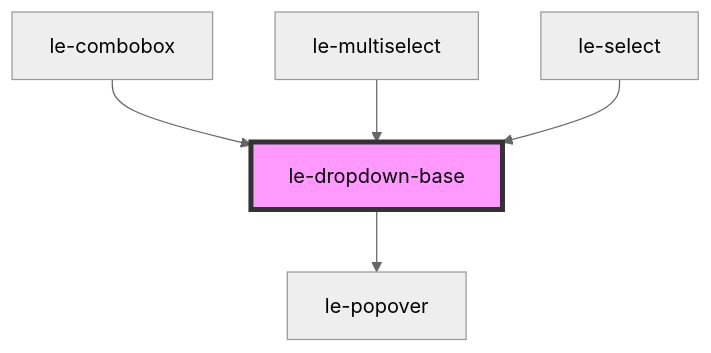
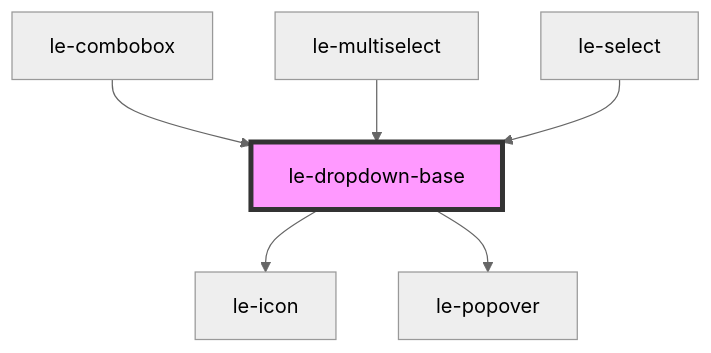
The diagram in packages/core/src/components/le-dropdown-base/readme.md (leechy/le-kit), drawn with Mermaid (neutral theme) before and after one commit. The commit also changed other lines of this file and 46 other files, not shown here.

````diff
--- a/packages/core/src/components/le-dropdown-base/readme.md
+++ b/packages/core/src/components/le-dropdown-base/readme.md
@@ -117,8 +118,9 @@
 ```mermaid
 graph TD;
+  le-dropdown-base --> le-icon
   le-dropdown-base --> le-popover
   le-combobox --> le-dropdown-base
   le-multiselect --> le-dropdown-base
   le-select --> le-dropdown-base
   style le-dropdown-base fill:#f9f,stroke:#333,stroke-width:4px
 ```
````
